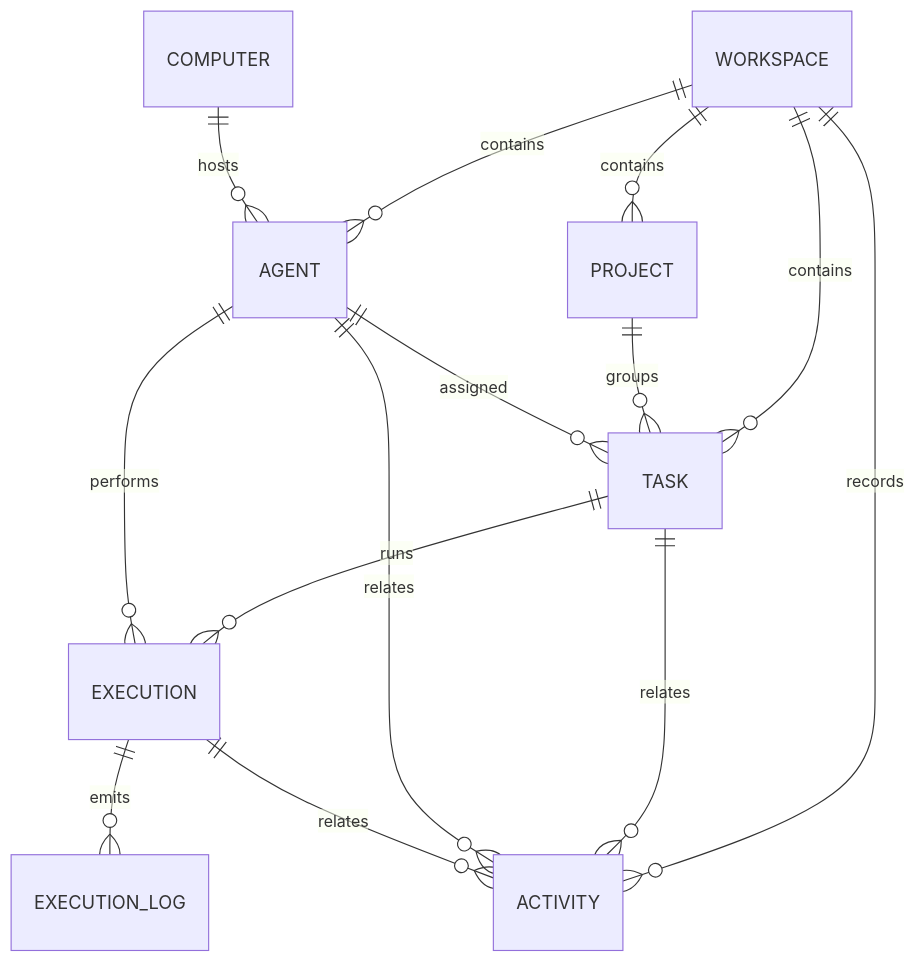
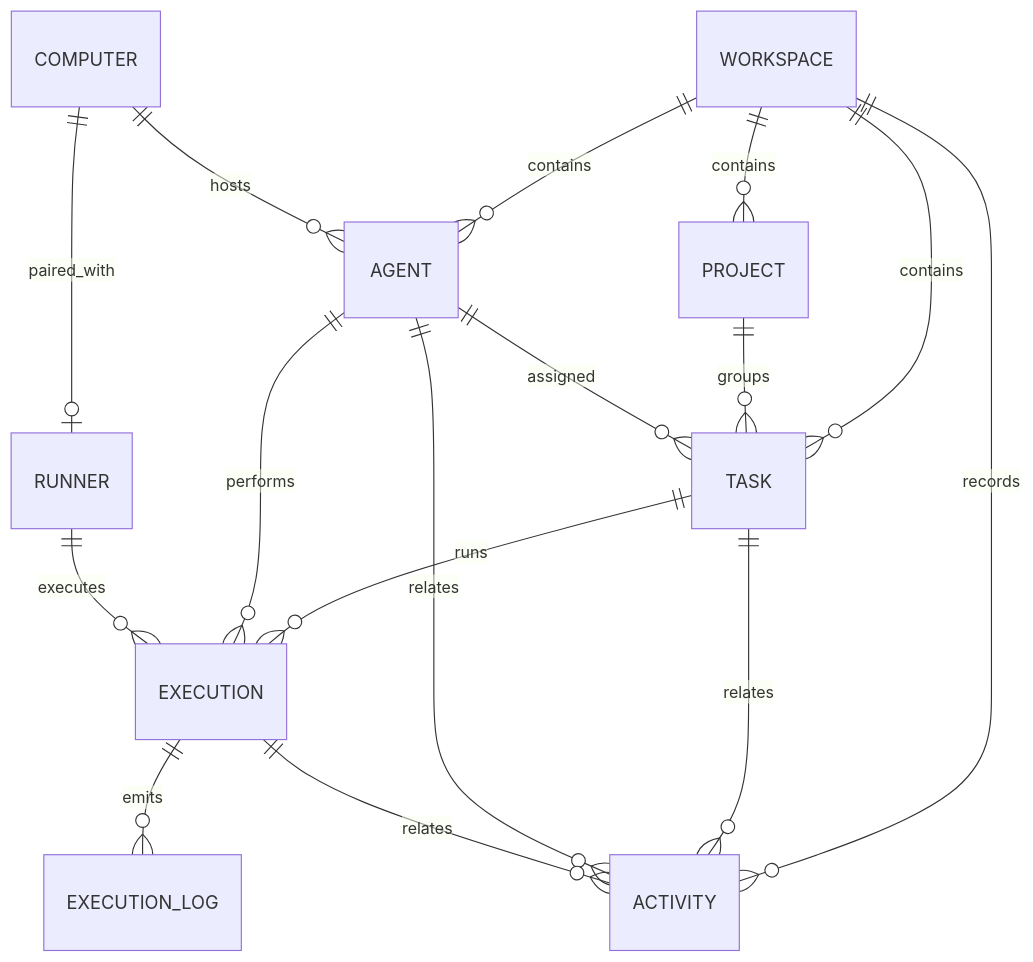
Before and after one commit to cloudyBird233/Haft: the diagram in docs/data-model.md, drawn with Mermaid. The commit also changed other lines of this file and 80 other files, not shown here.

First line of the commit message:
feat: add runner architecture and real CLI execution

````diff
--- a/docs/data-model.md
+++ b/docs/data-model.md
@@ -10,16 +10,18 @@
 ```mermaid
 erDiagram
     WORKSPACE ||--o{ PROJECT : contains
     WORKSPACE ||--o{ AGENT : contains
     WORKSPACE ||--o{ TASK : contains
     WORKSPACE ||--o{ ACTIVITY : records
     COMPUTER ||--o{ AGENT : hosts
+    COMPUTER ||--o| RUNNER : paired_with
     PROJECT ||--o{ TASK : groups
     AGENT ||--o{ TASK : assigned
     TASK ||--o{ EXECUTION : runs
     AGENT ||--o{ EXECUTION : performs
+    RUNNER ||--o{ EXECUTION : executes
     EXECUTION ||--o{ EXECUTION_LOG : emits
     TASK ||--o{ ACTIVITY : relates
     AGENT ||--o{ ACTIVITY : relates
     EXECUTION ||--o{ ACTIVITY : relates
 ```
````
